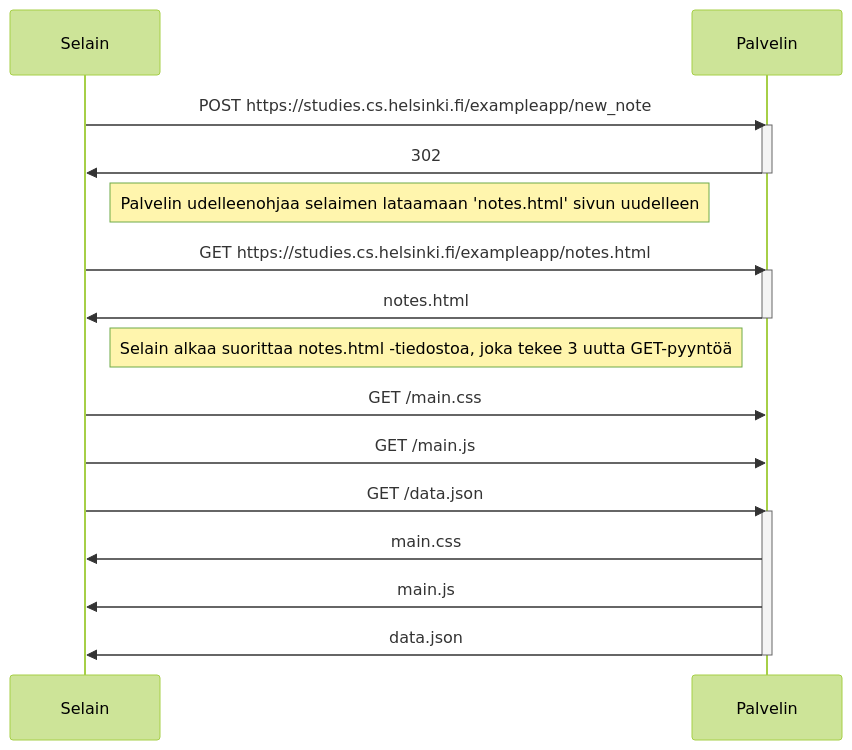
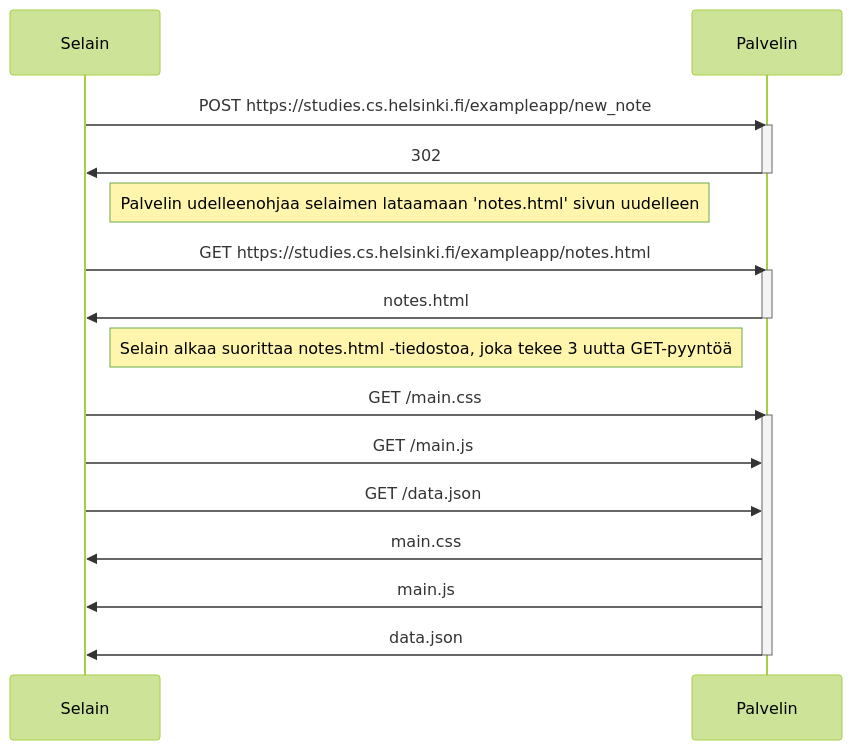
The second of 2 diagrams in 0.4.md (PasiParviainen/Fullstackosa0), drawn with Mermaid (forest theme) before and after one commit. The commit also changed other lines of this file, not shown here.

````diff
--- a/0.4.md
+++ b/0.4.md
@@ -30,28 +30,28 @@
 ```mermaid
 sequenceDiagram
   participant Selain
   participant Palvelin
 
   Selain->>Palvelin: POST https://studies.cs.helsinki.fi/exampleapp/new_note
   activate Palvelin
   Palvelin->>Selain: 302
   deactivate Palvelin
 
   Note right of Selain: Palvelin udelleenohjaa selaimen lataamaan 'notes.html' sivun uudelleen
 
   Selain->>Palvelin: GET https://studies.cs.helsinki.fi/exampleapp/notes.html
   activate Palvelin
   Palvelin->>Selain: notes.html
   deactivate Palvelin
 
   Note right of Selain: Selain alkaa suorittaa notes.html -tiedostoa, joka tekee 3 uutta GET-pyyntöä
 
   Selain->>Palvelin: GET /main.css
+  activate Palvelin
   Selain->>Palvelin: GET /main.js
   Selain->>Palvelin: GET /data.json
-  activate Palvelin
   Palvelin->>Selain: main.css
   Palvelin->>Selain: main.js
   Palvelin->>Selain: data.json
   deactivate Palvelin
 ```
````
